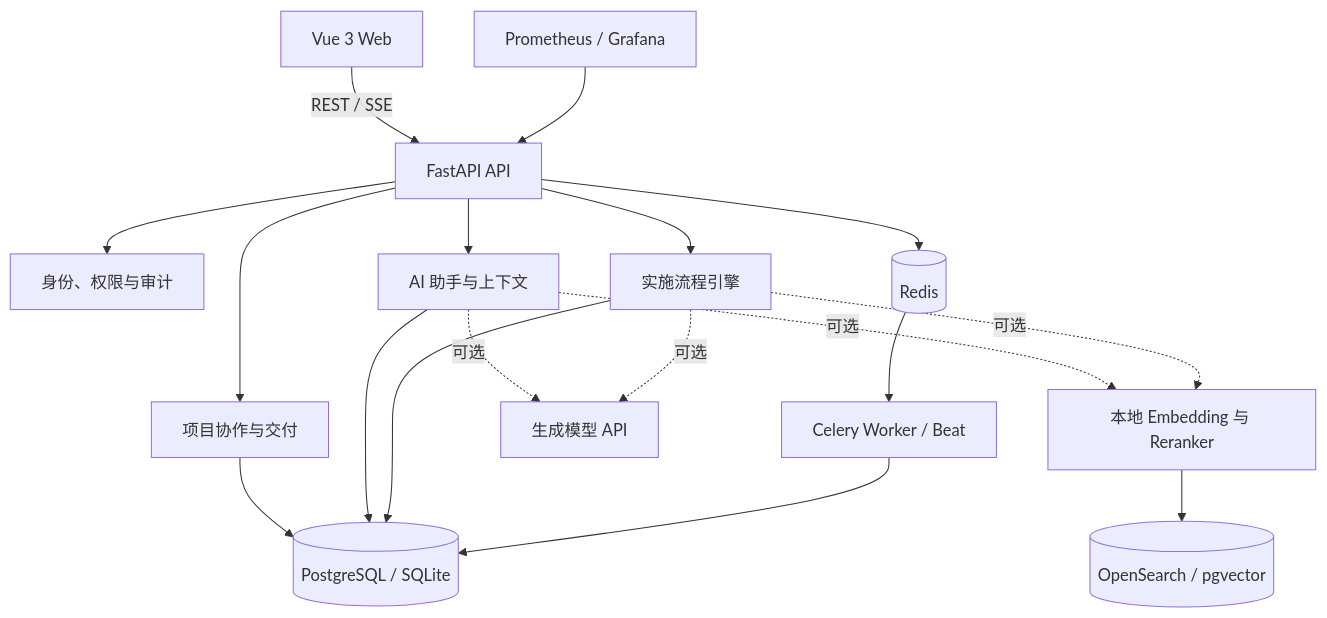
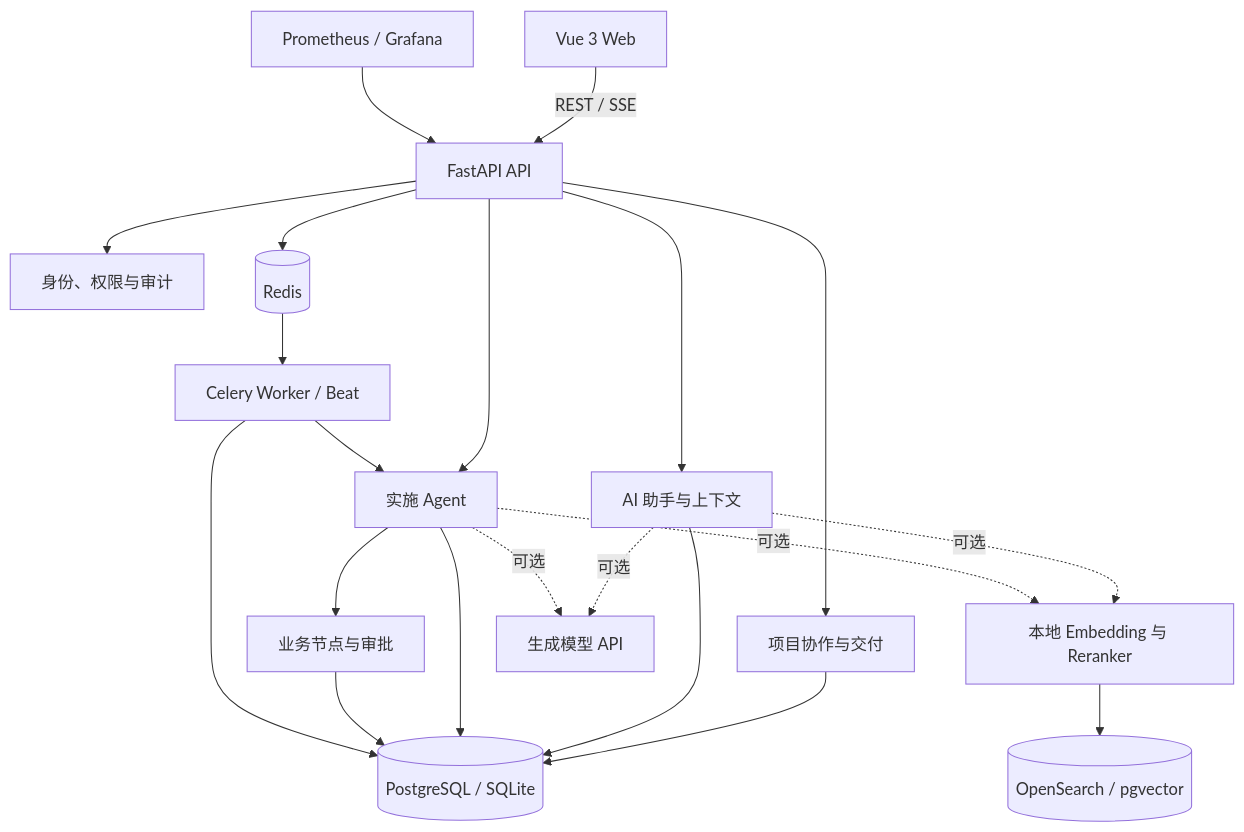
The second of 2 diagrams in README.md (fancyncc/SaaS-Delivery-Hub), drawn with Mermaid before and after one commit. The commit also changed other lines of this file and 340 other files, not shown here.

````diff
--- a/README.md
+++ b/README.md
@@ -102,24 +104,27 @@
 ```mermaid
 flowchart TB
     Web[Vue 3 Web] -->|REST / SSE| API[FastAPI API]
     API --> Auth[身份、权限与审计]
     API --> Project[项目协作与交付]
     API --> Chat[AI 助手与上下文]
-    API --> Workflow[实施流程引擎]
+    API --> Agent[实施 Agent]
+    Agent --> Workflow[业务节点与审批]
 
     Project --> DB[(PostgreSQL / SQLite)]
     Chat --> DB
+    Agent --> DB
     Workflow --> DB
 
     API --> Redis[(Redis)]
     Redis --> Worker[Celery Worker / Beat]
+    Worker --> Agent
     Worker --> DB
 
     Chat -. 可选 .-> Retrieval[本地 Embedding 与 Reranker]
-    Workflow -. 可选 .-> Retrieval
+    Agent -. 可选 .-> Retrieval
     Retrieval --> Search[(OpenSearch / pgvector)]
     Chat -. 可选 .-> Model[生成模型 API]
-    Workflow -. 可选 .-> Model
+    Agent -. 可选 .-> Model
 
     Metrics[Prometheus / Grafana] --> API
 ```
````
